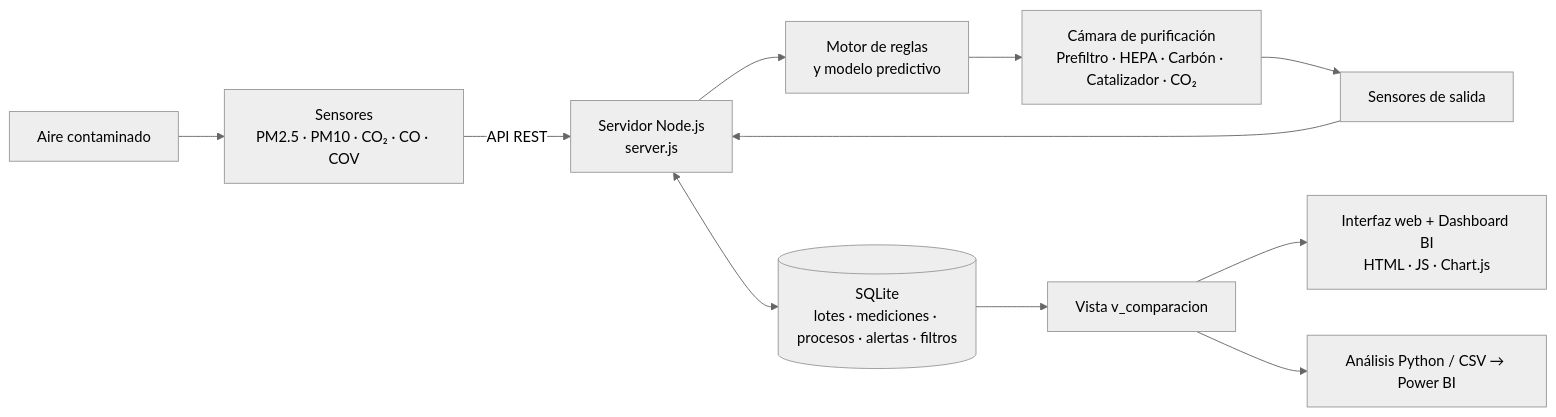
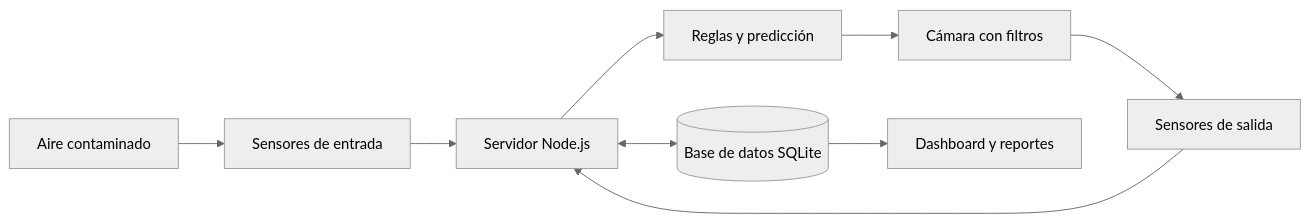
Before and after one commit to jfte278/TALLER-6---Purificaci-n-de-Aire: the diagram in README.md, drawn with Mermaid (neutral theme). The commit also changed other lines of this file and 10 other files, not shown here.

````diff
--- a/README.md
+++ b/README.md
@@ -28,13 +61,11 @@
 ```mermaid
 flowchart LR
-  A[Aire contaminado] --> S[Sensores<br/>PM2.5 · PM10 · CO₂ · CO · COV]
-  S -->|API REST| B[Servidor Node.js<br/>server.js]
-  B --> R[Motor de reglas<br/>y modelo predictivo]
-  R --> P[Cámara de purificación<br/>Prefiltro · HEPA · Carbón · Catalizador · CO₂]
+  A[Aire contaminado] --> S[Sensores de entrada]
+  S --> B[Servidor Node.js]
+  B --> R[Reglas y predicción]
+  R --> P[Cámara con filtros]
   P --> S2[Sensores de salida]
   S2 --> B
-  B <--> D[(SQLite<br/>lotes · mediciones · procesos · alertas · filtros)]
-  D --> V[Vista v_comparacion]
-  V --> UI[Interfaz web + Dashboard BI<br/>HTML · JS · Chart.js]
-  V --> PY[Análisis Python / CSV → Power BI]
+  B <--> D[(Base de datos SQLite)]
+  D --> UI[Dashboard y reportes]
 ```
````
